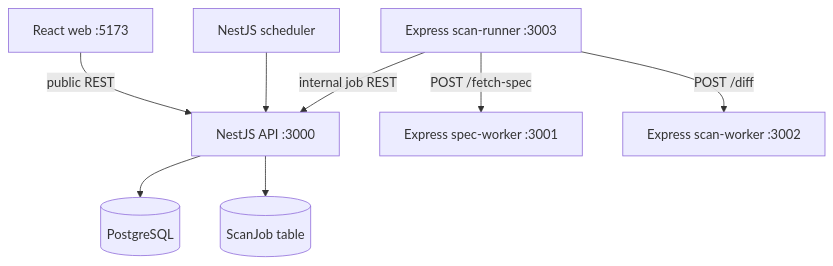
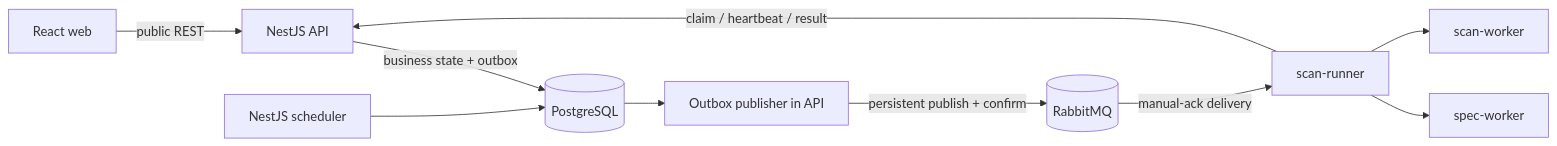
The first of 3 diagrams in docs/architecture.md (zrira/contrava), drawn with Mermaid before and after one commit. The commit also changed other lines of this file and 7 other files, not shown here.

Commit message:
docs: document RabbitMQ delivery operations

````diff
--- a/docs/architecture.md
+++ b/docs/architecture.md
@@ -5,10 +5,12 @@
 ```mermaid
-flowchart TD
-  Browser[React web :5173] -->|public REST| API[NestJS API :3000]
-  API --> DB[(PostgreSQL)]
-  Scheduler[NestJS scheduler] --> API
-  API --> Queue[(ScanJob table)]
-  Runner[Express scan-runner :3003] -->|internal job REST| API
-  Runner -->|POST /fetch-spec| Spec[Express spec-worker :3001]
-  Runner -->|POST /diff| Diff[Express scan-worker :3002]
+flowchart LR
+  Browser[React web] -->|public REST| API[NestJS API]
+  API -->|business state + outbox| DB[(PostgreSQL)]
+  Publisher[Outbox publisher in API] -->|persistent publish + confirm| MQ[(RabbitMQ)]
+  DB --> Publisher
+  Scheduler[NestJS scheduler] --> DB
+  MQ -->|manual-ack delivery| Runner[scan-runner]
+  Runner -->|claim / heartbeat / result| API
+  Runner --> Spec[spec-worker]
+  Runner --> Diff[scan-worker]
 ```
````
